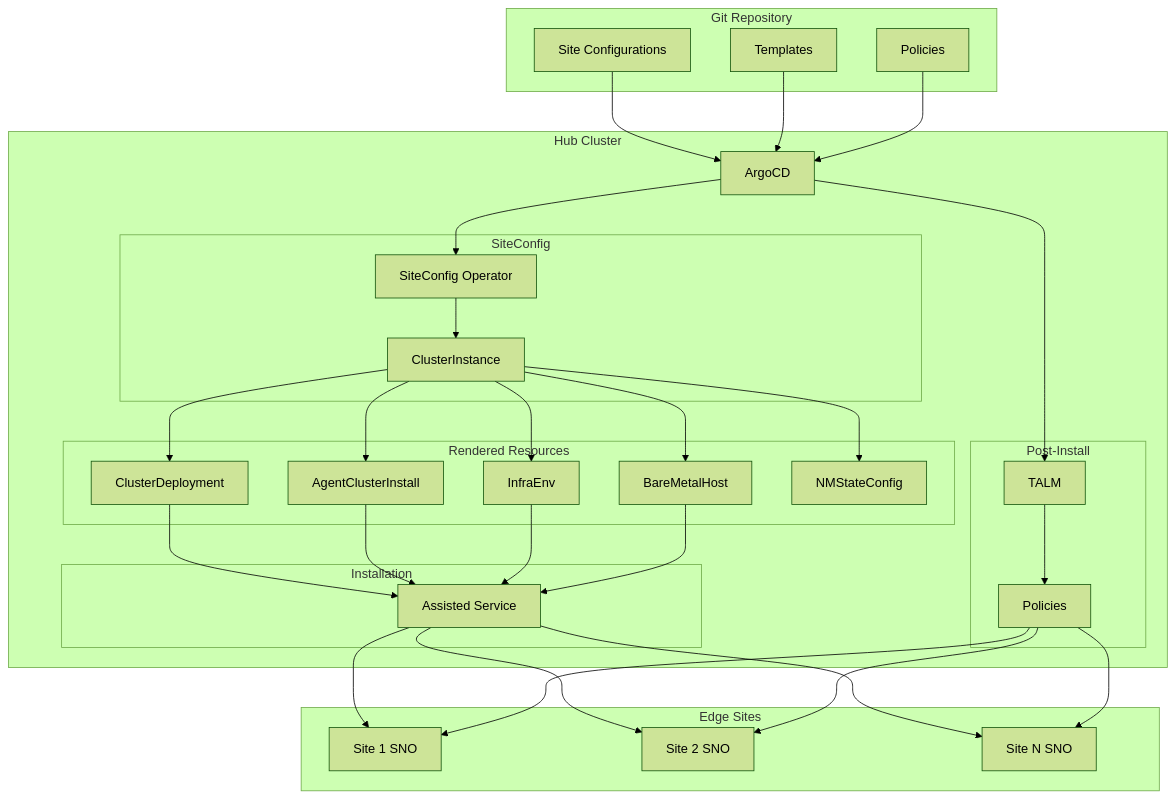
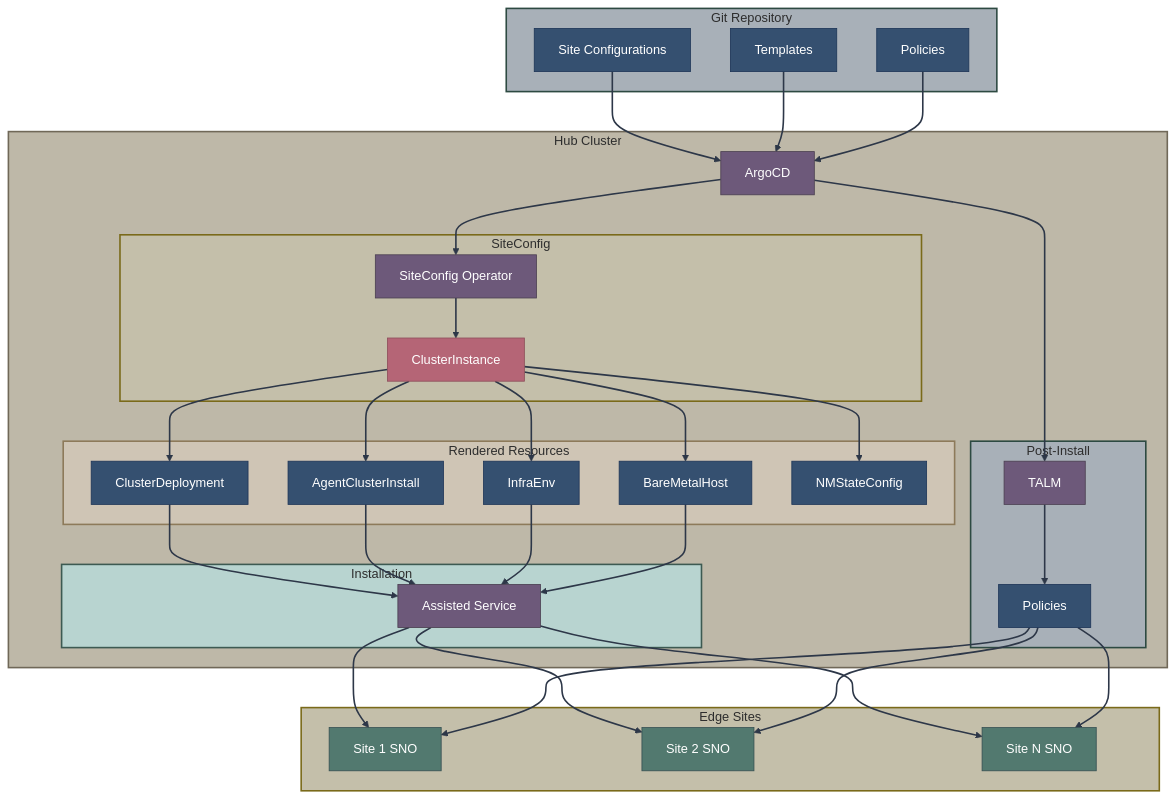
Before and after one commit to zszabo-rh/openshift-install-guide: the sixth of 11 diagrams in 09-diagrams/component-diagrams.md, drawn with Mermaid (forest theme). The commit also changed other lines of this file and 16 other files, not shown here.

Commit message:
improved diagram style

````diff
--- a/09-diagrams/component-diagrams.md
+++ b/09-diagrams/component-diagrams.md
@@ -256,20 +340,20 @@
 ```mermaid
 graph TB
-    subgraph "Git Repository"
+    subgraph git["Git Repository"]
         SITES[Site Configurations]
         TEMPLATES[Templates]
         POLICIES[Policies]
     end
     
-    subgraph "Hub Cluster"
+    subgraph hub["Hub Cluster"]
         ARGOCD[ArgoCD]
         
-        subgraph "SiteConfig"
+        subgraph siteconfig["SiteConfig"]
             SC_OP[SiteConfig Operator]
             CI[ClusterInstance]
         end
         
-        subgraph "Rendered Resources"
+        subgraph rendered["Rendered Resources"]
             CD[ClusterDeployment]
             ACI[AgentClusterInstall]
             IE[InfraEnv]
@@ -277,17 +361,17 @@
             NMS[NMStateConfig]
         end
         
-        subgraph "Installation"
+        subgraph installation["Installation"]
             ASSISTED[Assisted Service]
         end
         
-        subgraph "Post-Install"
+        subgraph postinstall["Post-Install"]
             TALM[TALM]
             POLICY[Policies]
         end
     end
     
-    subgraph "Edge Sites"
+    subgraph edge["Edge Sites"]
         S1[Site 1 SNO]
         S2[Site 2 SNO]
         S3[Site N SNO]
@@ -319,4 +403,32 @@
     POLICY --> S1
     POLICY --> S2
     POLICY --> S3
+    
+    style SITES fill:#355070,stroke:#1d3557,color:#fff
+    style TEMPLATES fill:#355070,stroke:#1d3557,color:#fff
+    style POLICIES fill:#355070,stroke:#1d3557,color:#fff
+    style ARGOCD fill:#6d597a,stroke:#4a3f50,color:#fff
+    style SC_OP fill:#6d597a,stroke:#4a3f50,color:#fff
+    style CI fill:#b56576,stroke:#8d4e5a,color:#fff
+    style CD fill:#355070,stroke:#1d3557,color:#fff
+    style ACI fill:#355070,stroke:#1d3557,color:#fff
+    style IE fill:#355070,stroke:#1d3557,color:#fff
+    style BMH fill:#355070,stroke:#1d3557,color:#fff
+    style NMS fill:#355070,stroke:#1d3557,color:#fff
+    style ASSISTED fill:#6d597a,stroke:#4a3f50,color:#fff
+    style TALM fill:#6d597a,stroke:#4a3f50,color:#fff
+    style POLICY fill:#355070,stroke:#1d3557,color:#fff
+    style S1 fill:#52796f,stroke:#354f52,color:#fff
+    style S2 fill:#52796f,stroke:#354f52,color:#fff
+    style S3 fill:#52796f,stroke:#354f52,color:#fff
+    
+    style git fill:#a8b0b8,stroke:#2d4a42,stroke-width:2px,color:#2d2d2d
+    style hub fill:#beb8a8,stroke:#706858,stroke-width:2px,color:#2d2d2d
+    style siteconfig fill:#c4bfaa,stroke:#7a6a1a,stroke-width:2px,color:#2d2d2d
+    style rendered fill:#cfc5b5,stroke:#8d7a5a,stroke-width:2px,color:#2d2d2d
+    style installation fill:#b8d4d0,stroke:#3d5a52,stroke-width:2px,color:#2d2d2d
+    style postinstall fill:#a8b0b8,stroke:#2d4a42,stroke-width:2px,color:#2d2d2d
+    style edge fill:#c4bfaa,stroke:#7a6a1a,stroke-width:2px,color:#2d2d2d
+    
+    linkStyle default stroke:#2d3748,stroke-width:2px
 ```
````
